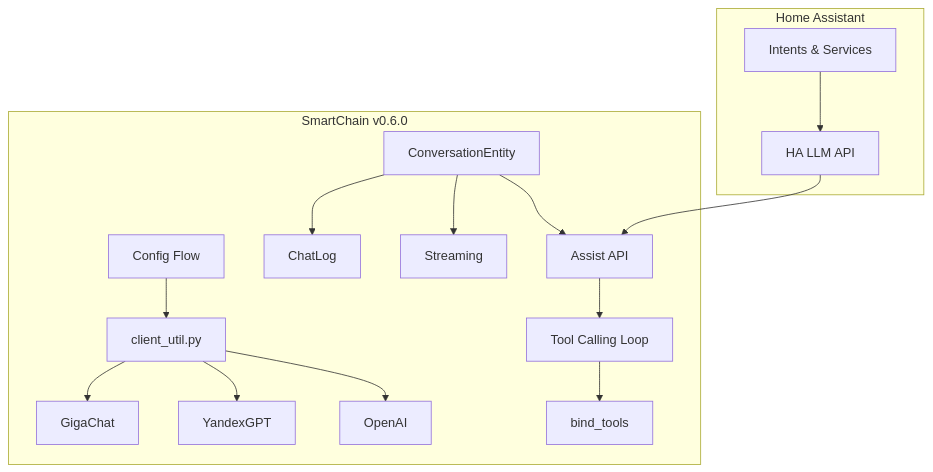
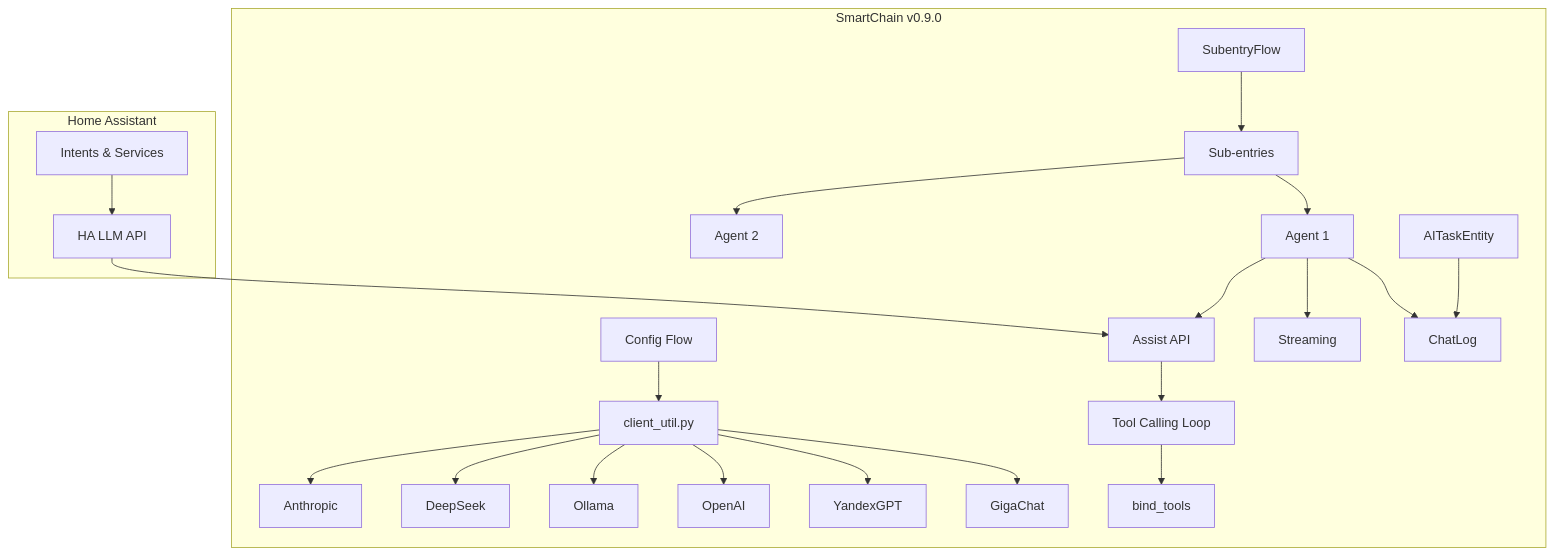
One commit to dzerik/ha-smartchain changed the first of 2 diagrams in docs/ROADMAP.md. Above: the diagram before and after it, drawn with Mermaid. The commit also changed other lines of this file and 5 other files, not shown here.

First line of the commit message:
docs: update TODO, CHANGELOG, ROADMAP, README for v0.9.0

````diff
--- a/docs/ROADMAP.md
+++ b/docs/ROADMAP.md
@@ -31,20 +34,28 @@
 ```mermaid
 graph TB
-    subgraph "SmartChain v0.6.0"
+    subgraph "SmartChain v0.9.0"
         CF[Config Flow] --> CU[client_util.py]
         CU --> GC[GigaChat]
         CU --> YGP[YandexGPT]
         CU --> OAI[OpenAI]
+        CU --> OL[Ollama]
+        CU --> DS[DeepSeek]
+        CU --> AN[Anthropic]
 
-        CE[ConversationEntity] --> CL[ChatLog]
-        CE --> ST[Streaming]
-        CE --> AA[Assist API]
+        SF[SubentryFlow] --> SE[Sub-entries]
+        SE --> CE1[Agent 1]
+        SE --> CE2[Agent 2]
+        CE1 --> CL[ChatLog]
+        CE1 --> ST[Streaming]
+        CE1 --> AA[Assist API]
         AA --> TC[Tool Calling Loop]
         TC --> BT[bind_tools]
+
+        AT[AITaskEntity] --> CL
     end
 
     subgraph "Home Assistant"
         HA_LLM[HA LLM API] --> AA
         HA_TOOLS[Intents & Services] --> HA_LLM
     end
 ```
````
